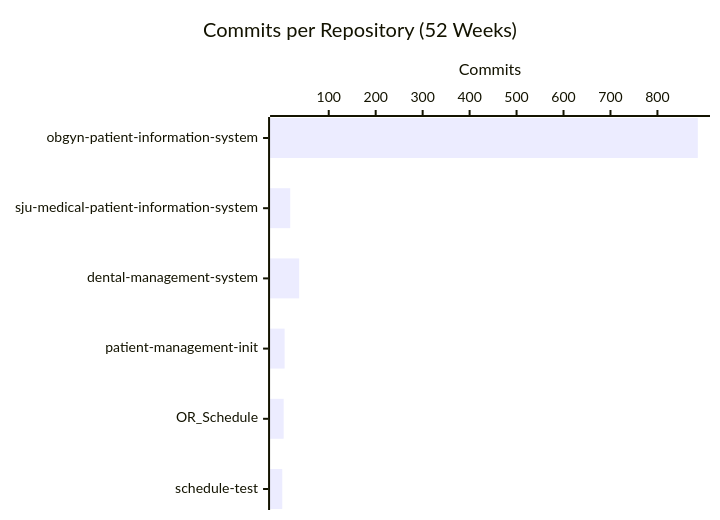
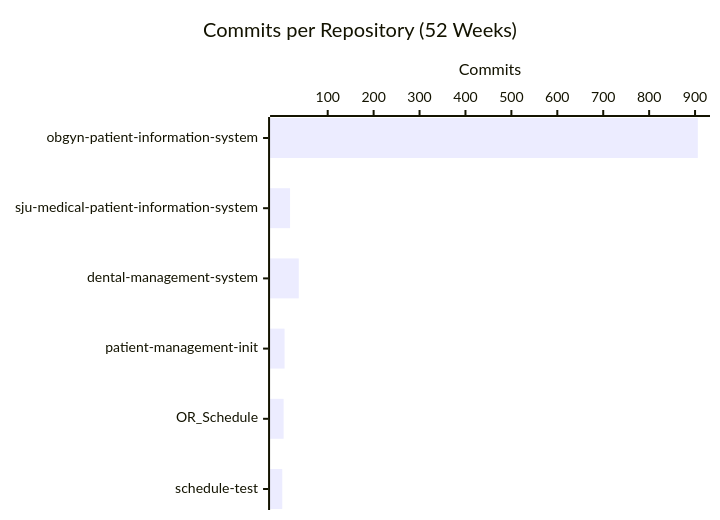
One commit to CSTH-Projects/.github changed the second of 4 diagrams in profile/README.md. Above: the diagram before and after it, drawn with Mermaid. The commit also changed other lines of this file, not shown here.

````diff
--- a/profile/README.md
+++ b/profile/README.md
@@ -24,7 +24,7 @@
 ```mermaid
 xychart-beta horizontal
     title "Commits per Repository (52 Weeks)"
     x-axis ["obgyn-patient-information-system", "sju-medical-patient-information-system", "dental-management-system", "patient-management-init", "OR_Schedule", "schedule-test"]
     y-axis "Commits"
-    bar [886, 18, 37, 6, 4, 1]
+    bar [906, 18, 37, 6, 4, 1]
 ```
````
